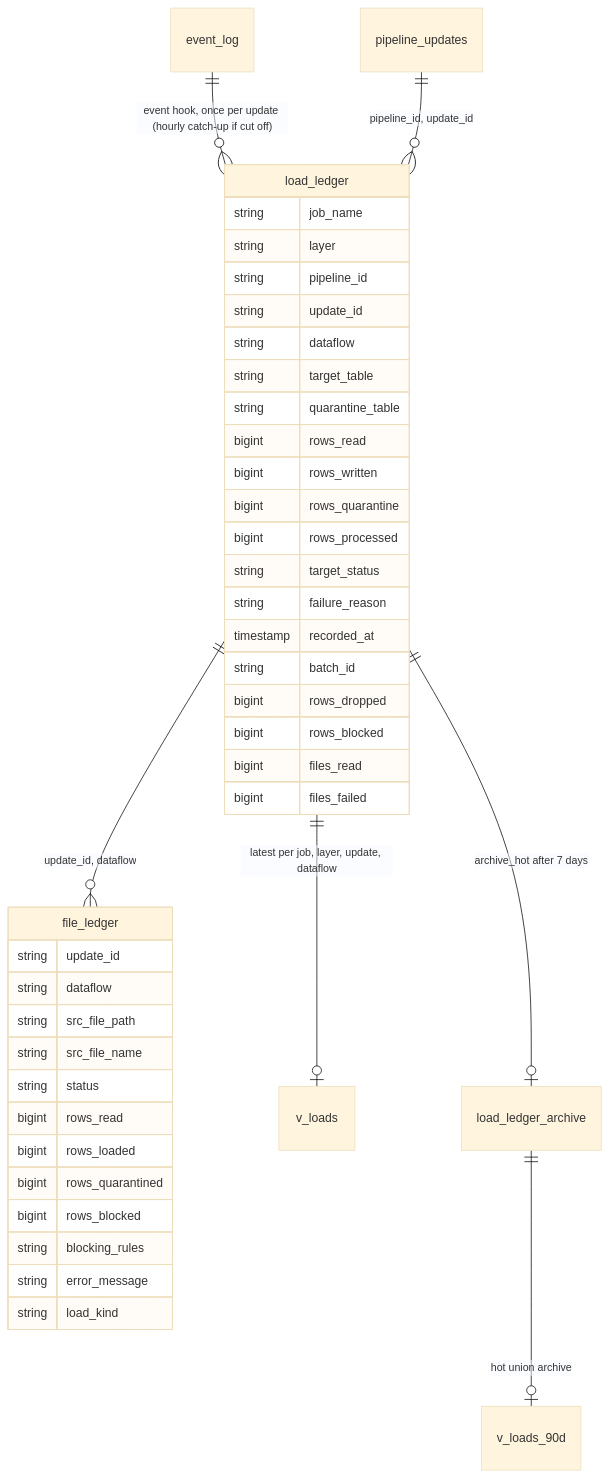
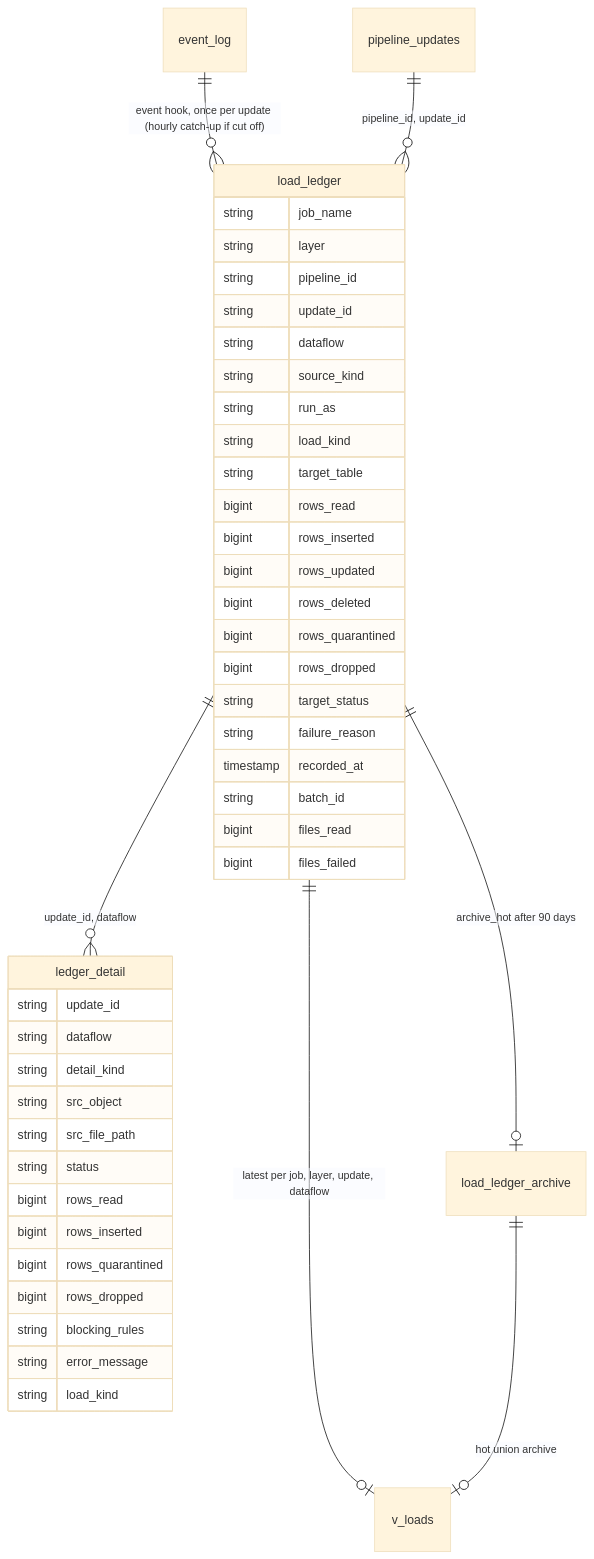
The eighth of 9 diagrams in framework_docs/ARCHITECTURE.md (NitinKeshavB/framework), drawn with Mermaid (base theme) before and after one commit. The commit also changed other lines of this file and 26 other files, not shown here.

First line of the commit message:
Feature: Unify load ledger with ledger_detail and 90d quarterly archives

````diff
--- a/framework_docs/ARCHITECTURE.md
+++ b/framework_docs/ARCHITECTURE.md
@@ -348,44 +347,47 @@
 ```mermaid
 erDiagram
   event_log ||--o{ load_ledger : "event hook, once per update (hourly catch-up if cut off)"
-  load_ledger ||--o{ file_ledger : "update_id, dataflow"
+  load_ledger ||--o{ ledger_detail : "update_id, dataflow"
   load_ledger ||--o| v_loads : "latest per job, layer, update, dataflow"
-  load_ledger ||--o| load_ledger_archive : "archive_hot after 7 days"
-  load_ledger_archive ||--o| v_loads_90d : "hot union archive"
+  load_ledger ||--o| load_ledger_archive : "archive_hot after 90 days"
+  load_ledger_archive ||--o| v_loads : "hot union archive"
   pipeline_updates ||--o{ load_ledger : "pipeline_id, update_id"
   load_ledger {
     string job_name
     string layer
     string pipeline_id
     string update_id
     string dataflow
+    string source_kind
+    string run_as
+    string load_kind
     string target_table
-    string quarantine_table
     bigint rows_read
-    bigint rows_written
-    bigint rows_quarantine
-    bigint rows_processed
+    bigint rows_inserted
+    bigint rows_updated
+    bigint rows_deleted
+    bigint rows_quarantined
+    bigint rows_dropped
     string target_status
     string failure_reason
     timestamp recorded_at
     string batch_id
-    bigint rows_dropped
-    bigint rows_blocked
     bigint files_read
     bigint files_failed
   }
-  file_ledger {
+  ledger_detail {
     string update_id
     string dataflow
+    string detail_kind
+    string src_object
     string src_file_path
-    string src_file_name
     string status
     bigint rows_read
-    bigint rows_loaded
+    bigint rows_inserted
     bigint rows_quarantined
-    bigint rows_blocked
+    bigint rows_dropped
     string blocking_rules
     string error_message
     string load_kind
   }
 ```
````
